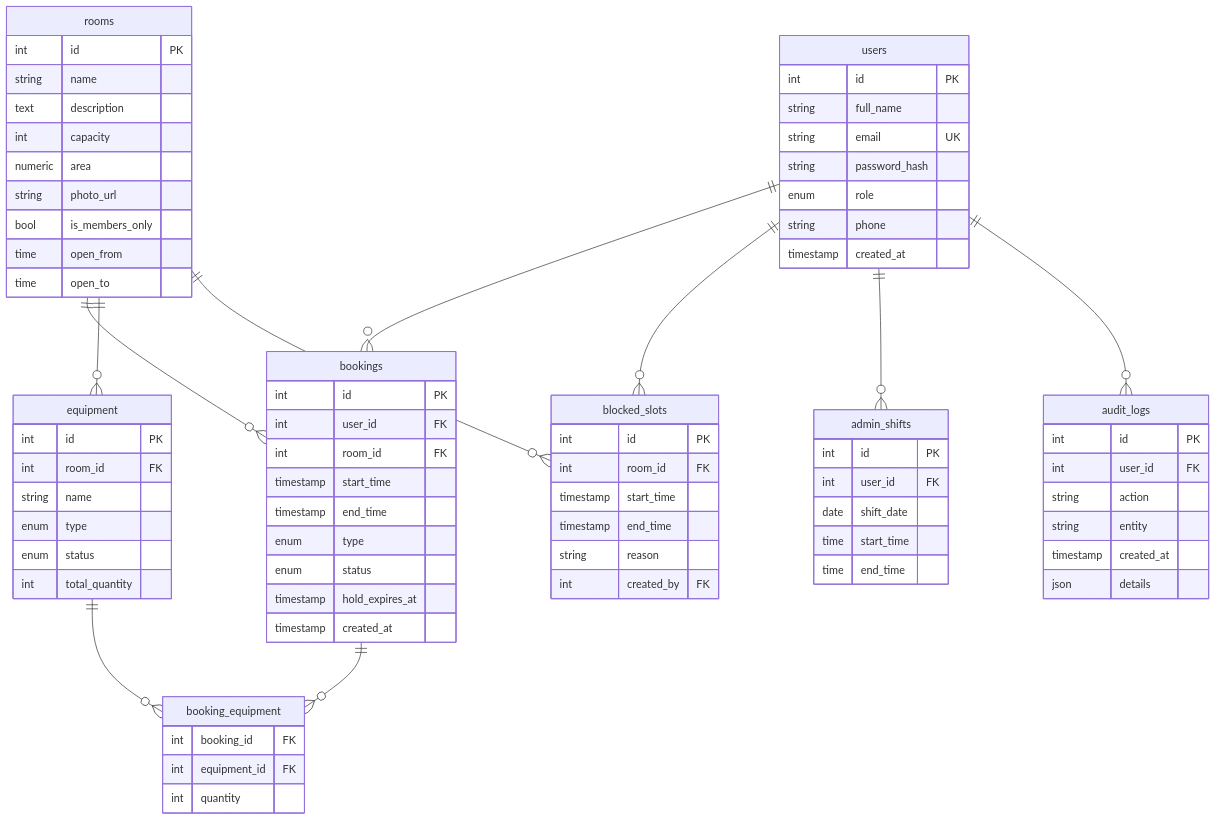
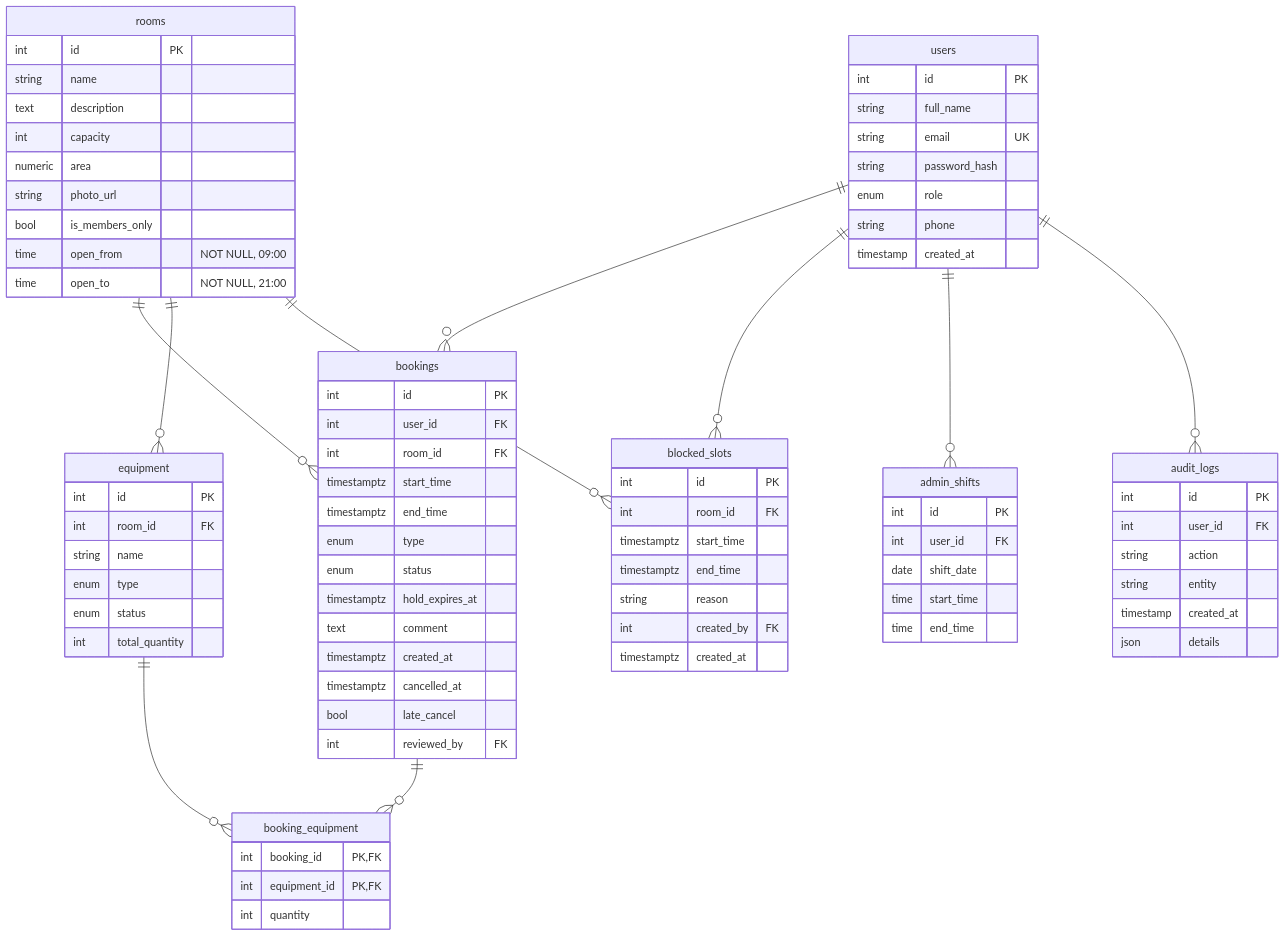
Before and after one commit to konstanta-asya/kyt-space: the diagram in docs/er-diagram.md, drawn with Mermaid. The commit also changed other lines of this file and 14 other files, not shown here.

```diff
--- a/docs/er-diagram.md
+++ b/docs/er-diagram.md
@@ -29,8 +29,8 @@
         numeric area
         string photo_url
         bool is_members_only
-        time open_from
-        time open_to
+        time open_from "NOT NULL, 09:00"
+        time open_to "NOT NULL, 21:00"
     }
     equipment {
         int id PK
@@ -44,25 +44,30 @@
         int id PK
         int user_id FK
         int room_id FK
-        timestamp start_time
-        timestamp end_time
+        timestamptz start_time
+        timestamptz end_time
         enum type
         enum status
-        timestamp hold_expires_at
-        timestamp created_at
+        timestamptz hold_expires_at
+        text comment
+        timestamptz created_at
+        timestamptz cancelled_at
+        bool late_cancel
+        int reviewed_by FK
     }
     booking_equipment {
-        int booking_id FK
-        int equipment_id FK
+        int booking_id PK,FK
+        int equipment_id PK,FK
         int quantity
     }
     blocked_slots {
         int id PK
         int room_id FK
-        timestamp start_time
-        timestamp end_time
+        timestamptz start_time
+        timestamptz end_time
         string reason
         int created_by FK
+        timestamptz created_at
     }
     admin_shifts {
         int id PK
```
